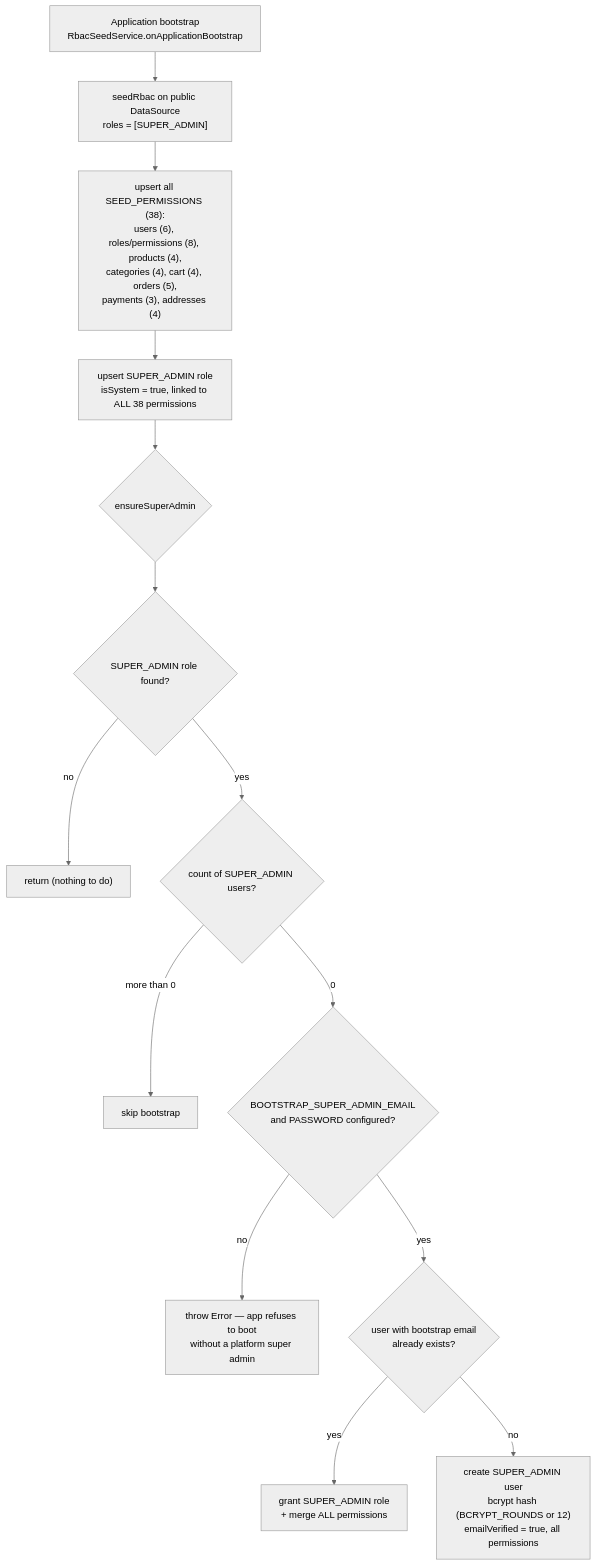
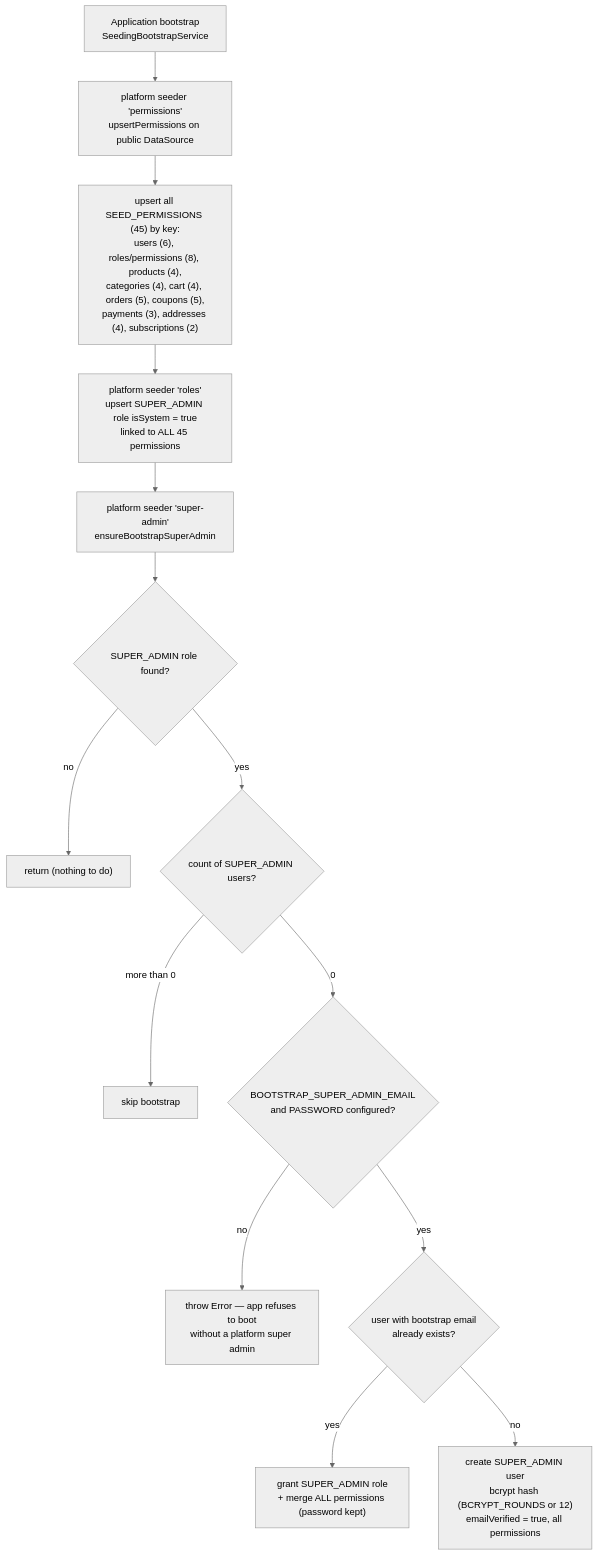
Before and after one commit to DevBassel/saas_commerce: the third of 4 diagrams in apps/api/src/modules/rbac/workflow.md, drawn with Mermaid (neutral theme). The commit also changed other lines of this file and 158 other files, not shown here.

````diff
--- a/apps/api/src/modules/rbac/workflow.md
+++ b/apps/api/src/modules/rbac/workflow.md
@@ -61,15 +61,15 @@
 ```mermaid
 flowchart TD
-    BOOT["Application bootstrap<br/>RbacSeedService.onApplicationBootstrap"] --> SEED["seedRbac on public DataSource<br/>roles = [SUPER_ADMIN]"]
-    SEED --> S1["upsert all SEED_PERMISSIONS (38):<br/>users (6), roles/permissions (8), products (4),<br/>categories (4), cart (4), orders (5),<br/>payments (3), addresses (4)"]
-    S1 --> S2["upsert SUPER_ADMIN role<br/>isSystem = true, linked to ALL 38 permissions"]
-    S2 --> E0{"ensureSuperAdmin"}
+    BOOT["Application bootstrap<br/>SeedingBootstrapService"] --> SEED["platform seeder 'permissions'<br/>upsertPermissions on public DataSource"]
+    SEED --> S1["upsert all SEED_PERMISSIONS (45) by key:<br/>users (6), roles/permissions (8), products (4),<br/>categories (4), cart (4), orders (5), coupons (5),<br/>payments (3), addresses (4), subscriptions (2)"]
+    S1 --> S2["platform seeder 'roles'<br/>upsert SUPER_ADMIN role isSystem = true<br/>linked to ALL 45 permissions"]
+    S2 --> E0["platform seeder 'super-admin'<br/>ensureBootstrapSuperAdmin"]
     E0 --> E1{"SUPER_ADMIN role found?"} -->|"no"| SKIP["return (nothing to do)"]
     E1 -->|"yes"| E2{"count of SUPER_ADMIN users?"}
     E2 -->|"more than 0"| SKIP2["skip bootstrap"]
     E2 -->|"0"| E3{"BOOTSTRAP_SUPER_ADMIN_EMAIL<br/>and PASSWORD configured?"}
     E3 -->|"no"| FAIL["throw Error — app refuses to boot<br/>without a platform super admin"]
     E3 -->|"yes"| E4{"user with bootstrap email<br/>already exists?"}
-    E4 -->|"yes"| E5["grant SUPER_ADMIN role<br/>+ merge ALL permissions"]
+    E4 -->|"yes"| E5["grant SUPER_ADMIN role<br/>+ merge ALL permissions (password kept)"]
     E4 -->|"no"| E6["create SUPER_ADMIN user<br/>bcrypt hash (BCRYPT_ROUNDS or 12)<br/>emailVerified = true, all permissions"]
 ```
````
